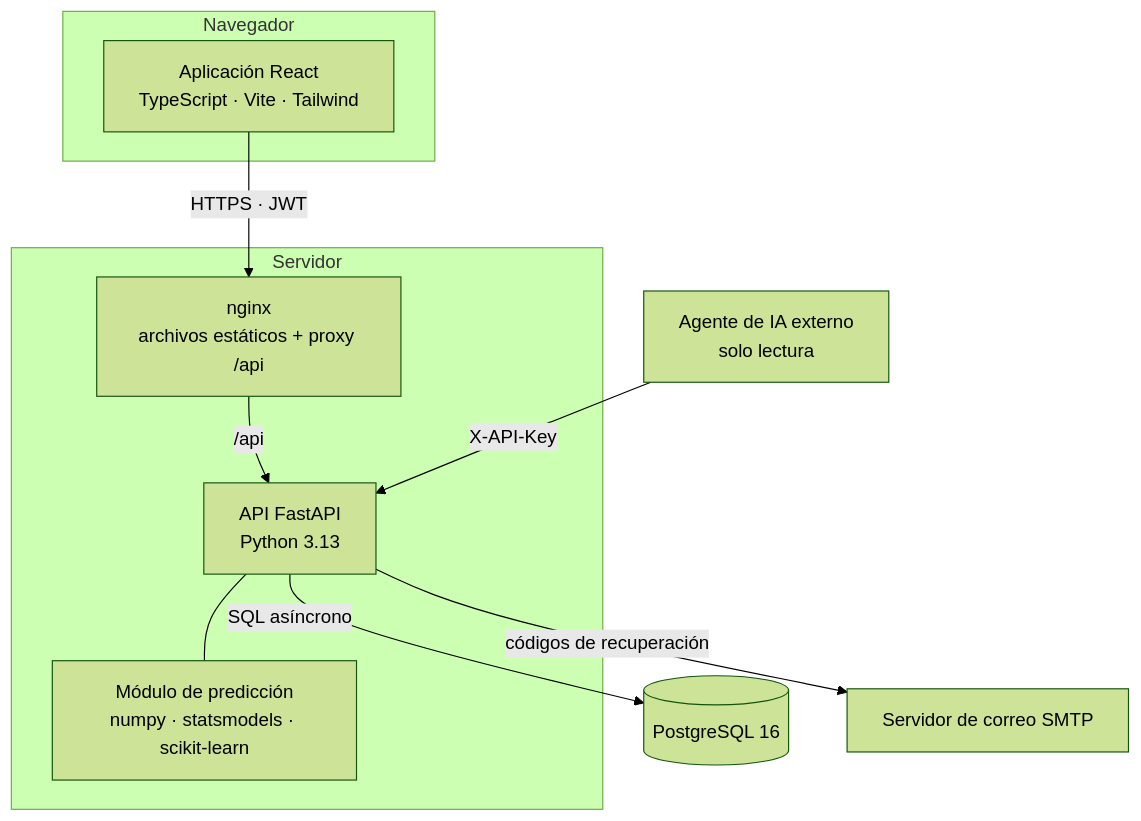
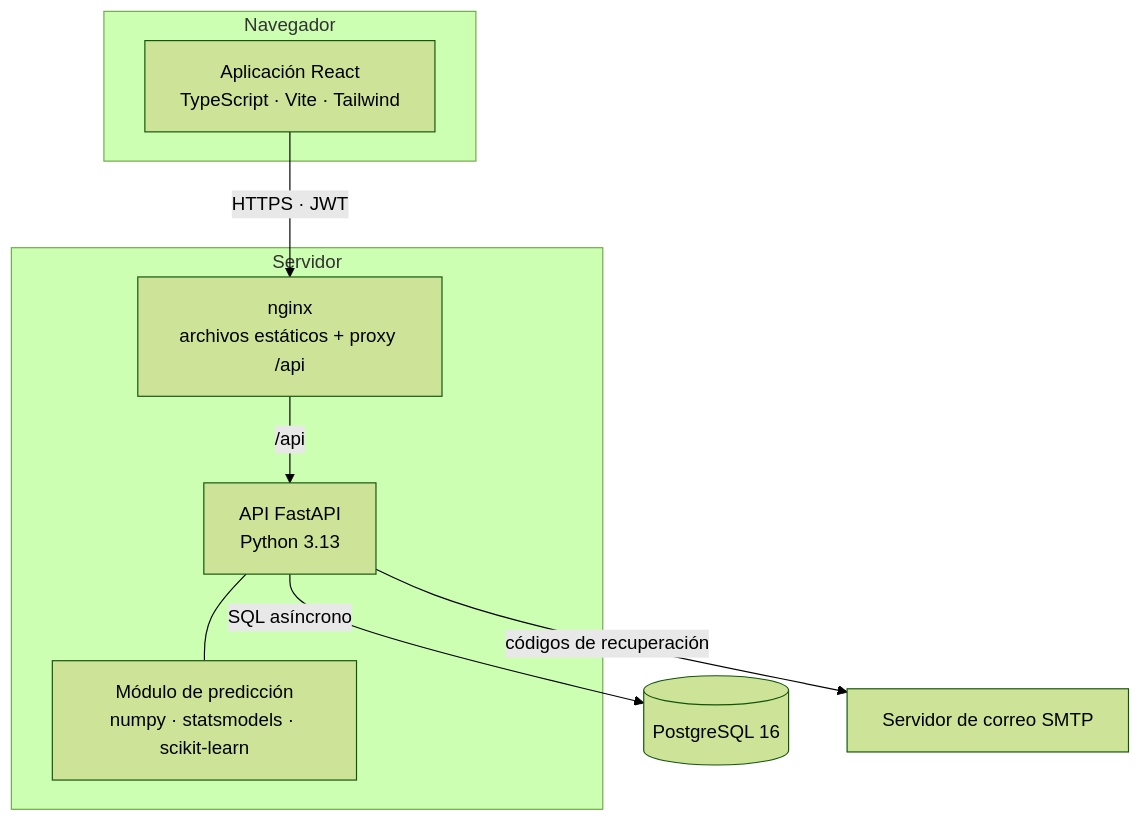
The first of 5 diagrams in docs/ARQUITECTURA.md (JuanCrespoAldana/inventia), drawn with Mermaid (forest theme) before and after one commit. The commit also changed other lines of this file and 273 other files, not shown here.

````diff
--- a/docs/ARQUITECTURA.md
+++ b/docs/ARQUITECTURA.md
@@ -8,23 +8,21 @@
 ```mermaid
 flowchart TB
     subgraph Navegador
         SPA[Aplicación React<br/>TypeScript · Vite · Tailwind]
     end
 
     subgraph Servidor
         NGINX[nginx<br/>archivos estáticos + proxy /api]
         API[API FastAPI<br/>Python 3.13]
         ML[Módulo de predicción<br/>numpy · statsmodels · scikit-learn]
         API --- ML
     end
 
     DB[(PostgreSQL 16)]
     SMTP[Servidor de correo SMTP]
-    AGENTE[Agente de IA externo<br/>solo lectura]
 
     SPA -- HTTPS · JWT --> NGINX
     NGINX -- /api --> API
     API -- SQL asíncrono --> DB
     API -- códigos de recuperación --> SMTP
-    AGENTE -- X-API-Key --> API
 ```
````
